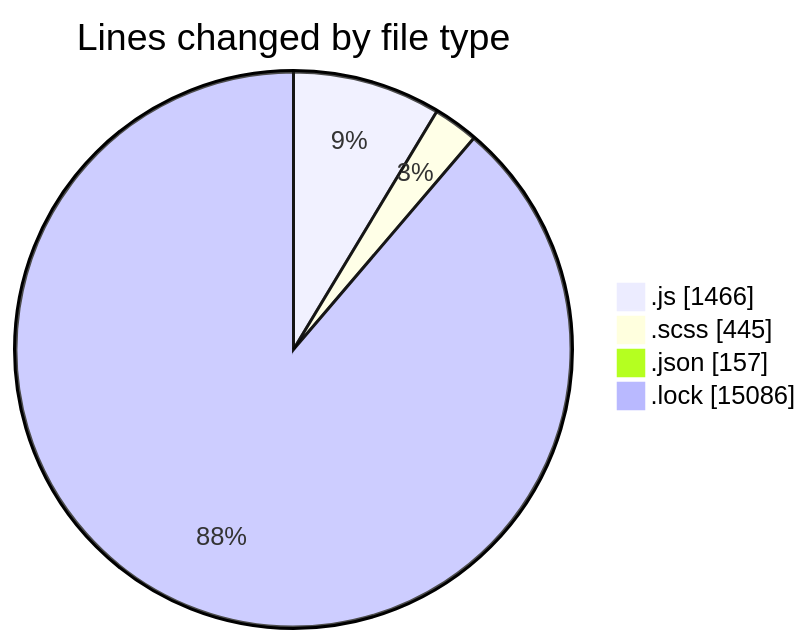
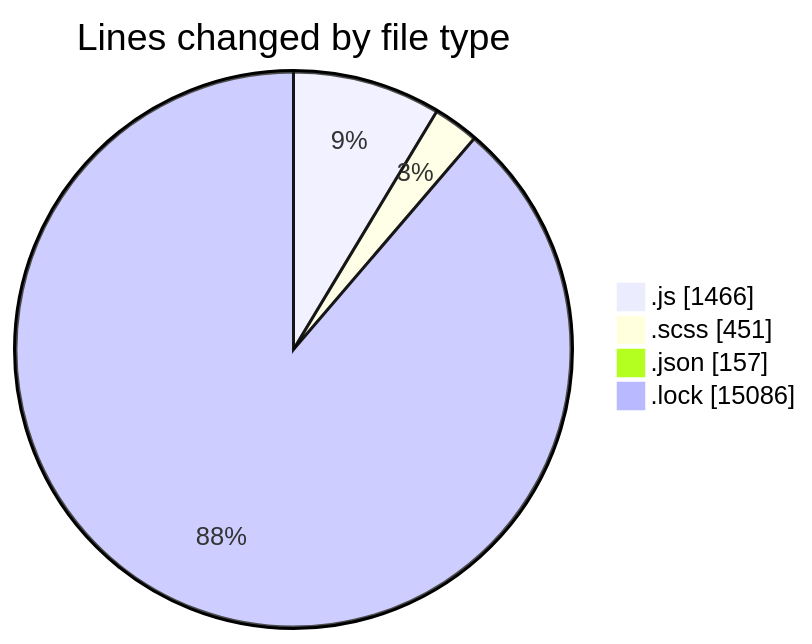
Before and after one commit to momahboobian/code-tracking: the first of 2 diagrams in 2026-01-05/cda/README.md, drawn with Mermaid. The commit also changed other lines of this file and 1 other file, not shown here.

````diff
--- a/2026-01-05/cda/README.md
+++ b/2026-01-05/cda/README.md
@@ -38,8 +38,8 @@
 ```mermaid
 pie showData
 title Lines changed by file type
 ".js" : 1466
-".scss" : 445
+".scss" : 451
 ".json" : 157
 ".lock" : 15086
 ```
````
